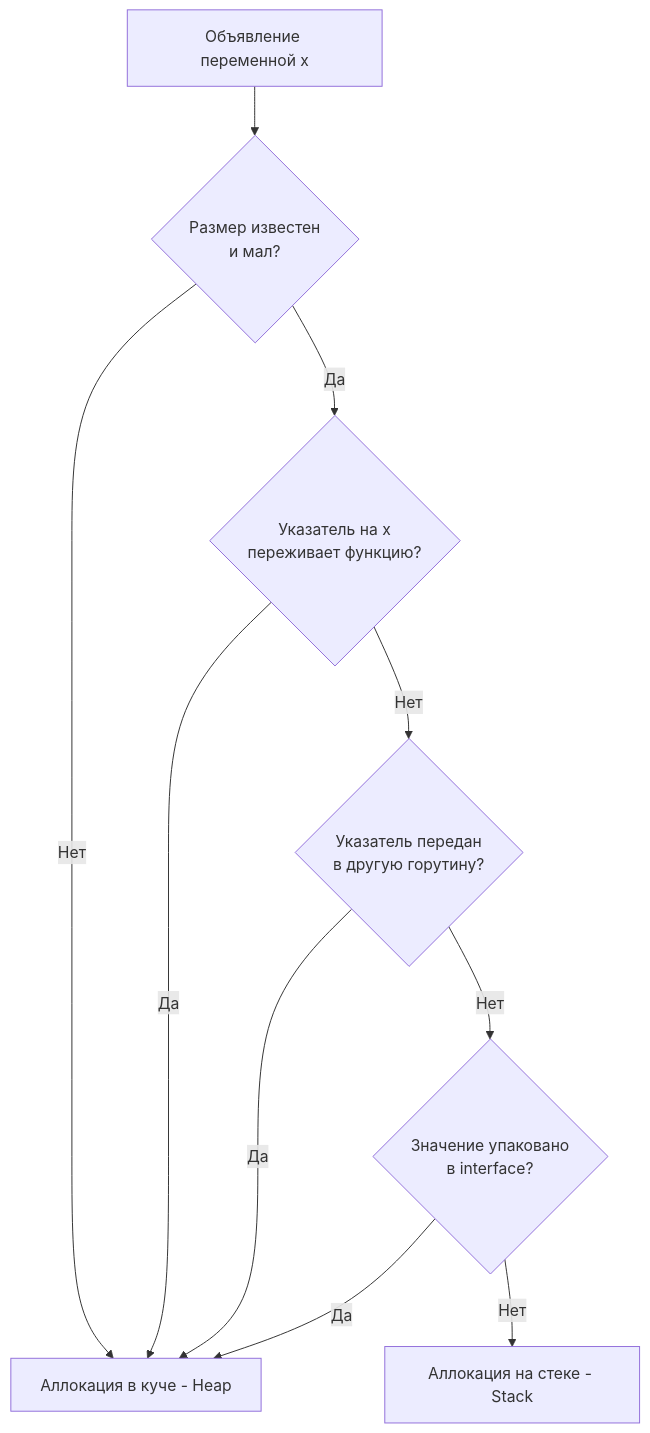
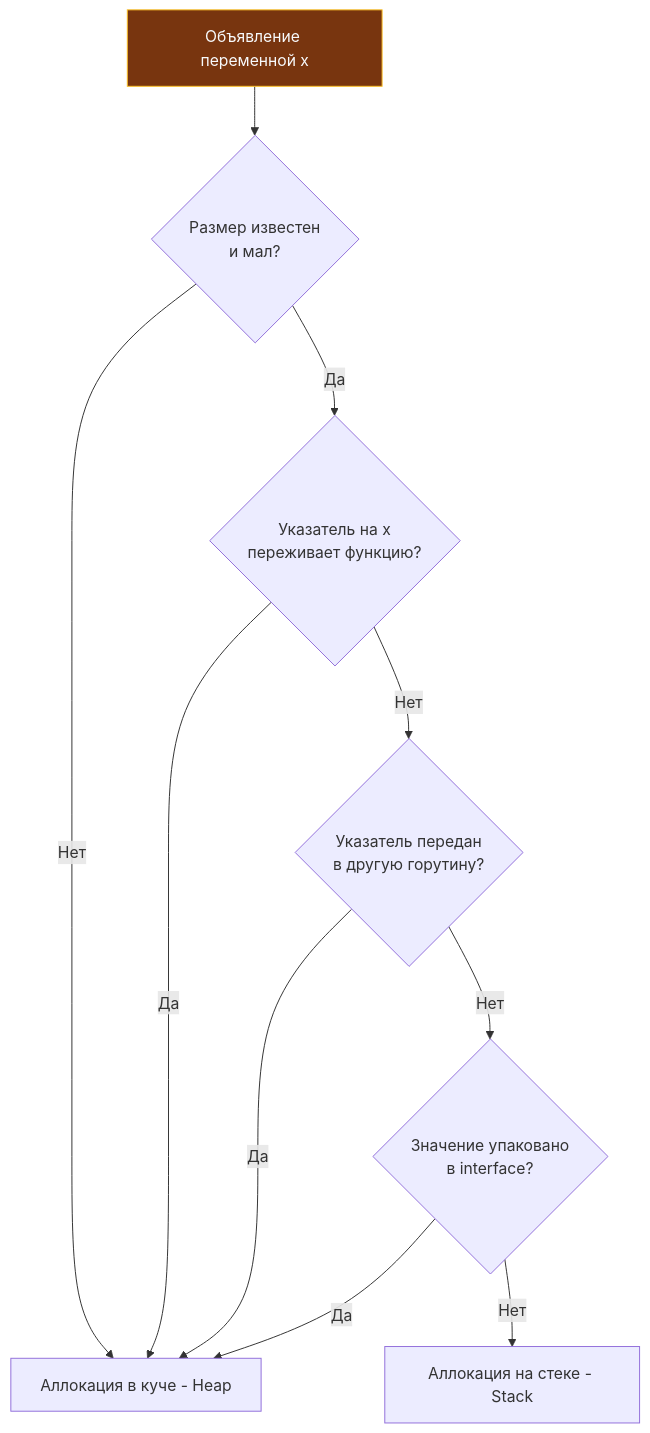
Before and after one commit to UnrealTemplier/go-textbook: the diagram in sources/7. Глубокий Go (Внутреннее устройство)/18. Escape Analysis. Почему переменная ушла в heap.md, drawn with Mermaid. The commit also changed 1666 other files, not shown here.

First line of the commit message:
feat(mermaid): add semantic color classDef to 1369 colorless flowchart/graph diagrams

````diff
--- a/sources/7. Глубокий Go (Внутреннее устройство)/18. Escape Analysis. Почему переменная ушла в heap.md
+++ b/sources/7. Глубокий Go (Внутреннее устройство)/18. Escape Analysis. Почему переменная ушла в heap.md
@@ -37,16 +37,26 @@
 ```mermaid
 flowchart TD
-    START["Объявление переменной x"] --> SIZE_CHECK{"Размер известен<br>и мал?"}
+    classDef process  fill:#1e293b,stroke:#38bdf8,stroke-width:1px,color:#f8fafc
+    classDef success  fill:#064e3b,stroke:#34d399,stroke-width:1px,color:#f8fafc
+    classDef error    fill:#7f1d1d,stroke:#f87171,stroke-width:1px,color:#f8fafc
+    classDef warning  fill:#78350f,stroke:#fbbf24,stroke-width:1px,color:#f8fafc
+    classDef entry    fill:#1e3a5f,stroke:#38bdf8,stroke-width:2px,color:#f8fafc
+    classDef aux      fill:#334155,stroke:#64748b,stroke-width:1px,color:#f8fafc
+    classDef system   fill:#312e81,stroke:#a78bfa,stroke-width:1px,color:#f8fafc
+    classDef data     fill:#132d29,stroke:#2dd4bf,stroke-width:1px,color:#f8fafc
+    classDef network  fill:#881337,stroke:#fb7185,stroke-width:1px,color:#f8fafc
+    classDef accent   fill:#1e1b4b,stroke:#818cf8,stroke-width:1px,color:#f8fafc
+    START["Объявление переменной x"]:::warning --> SIZE_CHECK{"Размер известен<br>и мал?"}
     
     SIZE_CHECK -->|Нет| HEAP["Аллокация в куче - Heap"]
     SIZE_CHECK -->|Да| REF_CHECK{"Указатель на x<br>переживает функцию?"}
     
     REF_CHECK -->|Да| HEAP
     REF_CHECK -->|Нет| SHARE_CHECK{"Указатель передан<br>в другую горутину?"}
     
     SHARE_CHECK -->|Да| HEAP
     SHARE_CHECK -->|Нет| IFACE_CHECK{"Значение упаковано<br>в interface?"}
     
     IFACE_CHECK -->|Да| HEAP
     IFACE_CHECK -->|Нет| STACK["Аллокация на стеке - Stack"]
 ```
````
